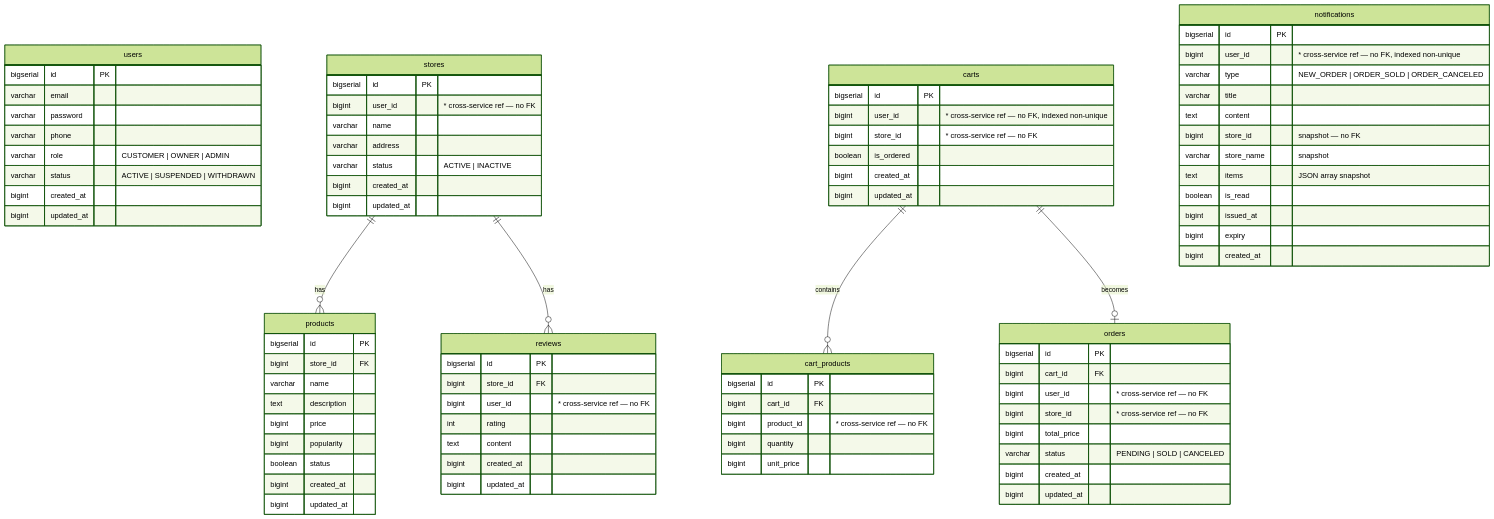
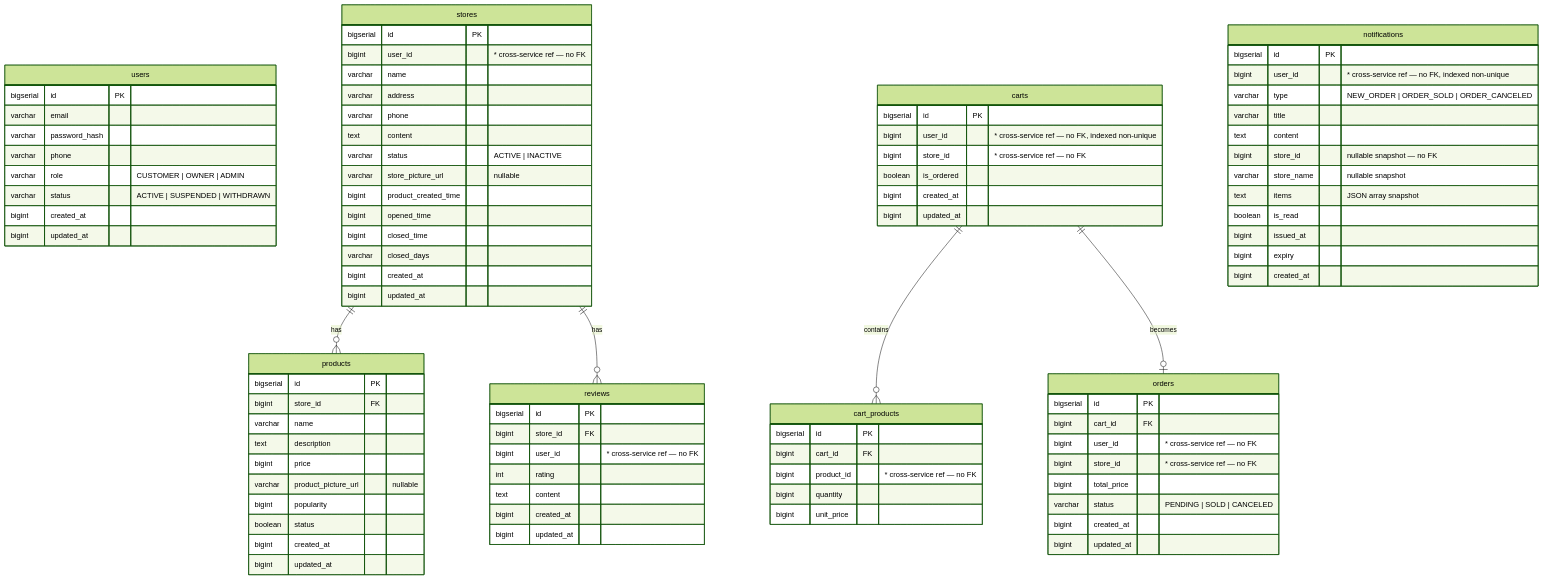
The sixth of 7 diagrams in README.md (proLmpa/Deliprac), drawn with Mermaid (forest theme) before and after one commit. The commit also changed other lines of this file, not shown here.

```diff
--- a/README.md
+++ b/README.md
@@ -342,7 +344,7 @@
     users {
         bigserial id PK
         varchar   email
-        varchar   password
+        varchar   password_hash
         varchar   phone
         varchar   role        "CUSTOMER | OWNER | ADMIN"
         varchar   status      "ACTIVE | SUSPENDED | WITHDRAWN"
@@ -353,10 +355,17 @@
     %% ── storedb :5434 (store-service) ──────────────────────
     stores {
         bigserial id PK
-        bigint    user_id     "* cross-service ref — no FK"
+        bigint    user_id              "* cross-service ref — no FK"
         varchar   name
         varchar   address
-        varchar   status      "ACTIVE | INACTIVE"
+        varchar   phone
+        text      content
+        varchar   status               "ACTIVE | INACTIVE"
+        varchar   store_picture_url    "nullable"
+        bigint    product_created_time
+        bigint    opened_time
+        bigint    closed_time
+        varchar   closed_days
         bigint    created_at
         bigint    updated_at
     }
@@ -366,6 +375,7 @@
         varchar   name
         text      description
         bigint    price
+        varchar   product_picture_url "nullable"
         bigint    popularity
         boolean   status
         bigint    created_at
@@ -415,8 +425,8 @@
         varchar   type        "NEW_ORDER | ORDER_SOLD | ORDER_CANCELED"
         varchar   title
         text      content
-        bigint    store_id    "snapshot — no FK"
-        varchar   store_name  "snapshot"
+        bigint    store_id    "nullable snapshot — no FK"
+        varchar   store_name  "nullable snapshot"
         text      items       "JSON array snapshot"
         boolean   is_read
         bigint    issued_at
```
